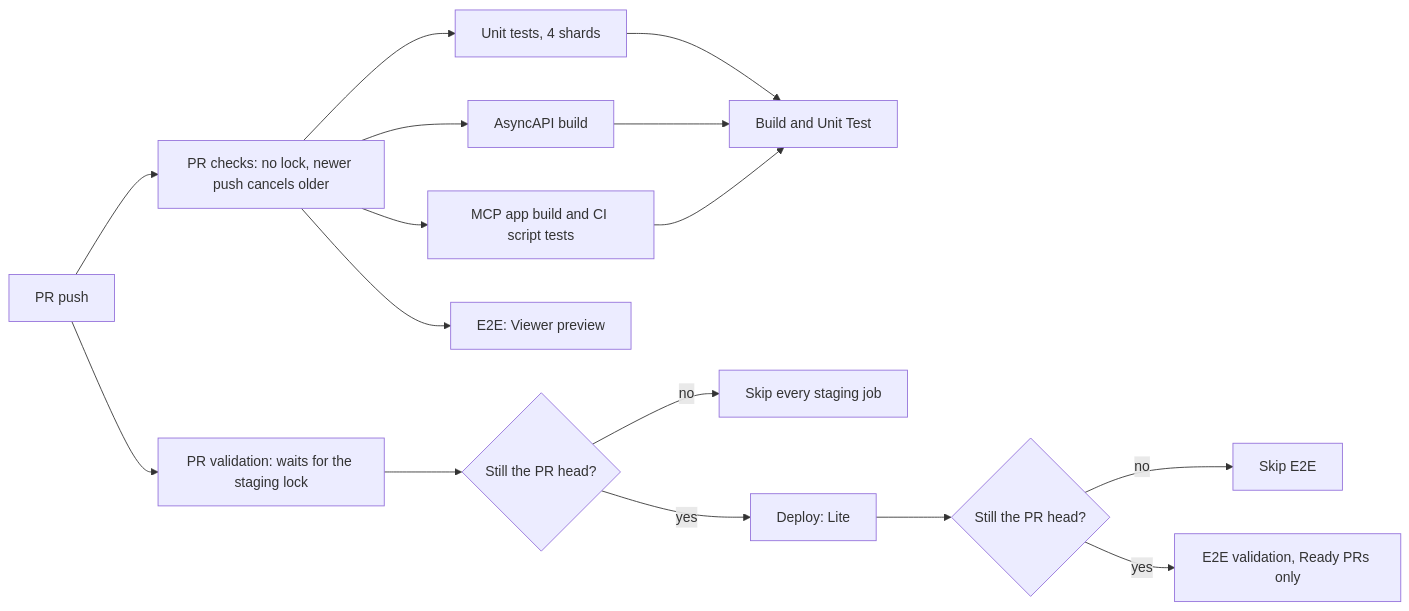
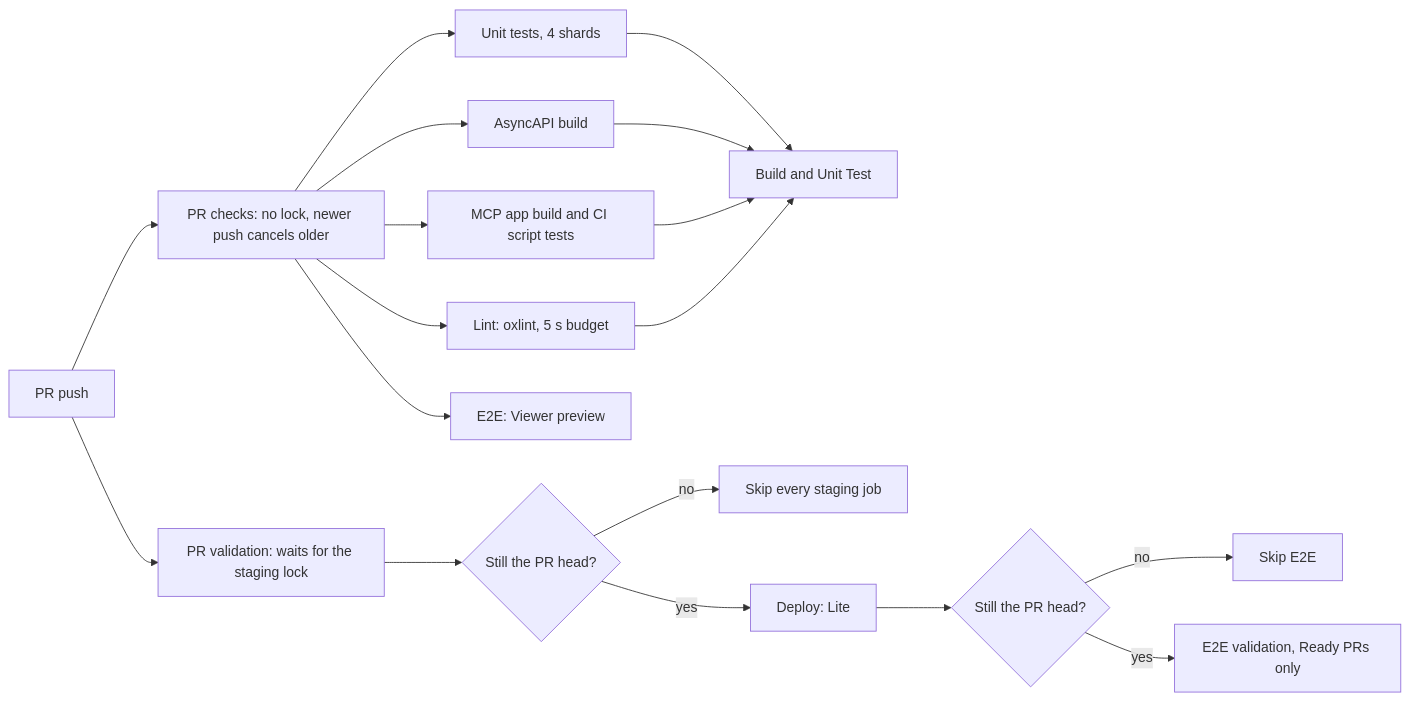
Before and after one commit to ZenUml/conf-app: the first of 2 diagrams in docs/ops/pipeline-graphs.md, drawn with Mermaid. The commit also changed 9 other files, not shown here.

First line of the commit message:
perf(ci): replace ESLint with oxlint and lint every PR in a 5 second job

````diff
--- a/docs/ops/pipeline-graphs.md
+++ b/docs/ops/pipeline-graphs.md
@@ -7,18 +7,20 @@
 ```mermaid
 flowchart LR
   Push[PR push] --> C[PR checks: no lock, newer push cancels older]
   Push --> Q[PR validation: waits for the staging lock]
   C --> U1[Unit tests, 4 shards]
   C --> A[AsyncAPI build]
   C --> M[MCP app build and CI script tests]
+  C --> L[Lint: oxlint, 5 s budget]
   U1 --> U[Build and Unit Test]
   A --> U
   M --> U
+  L --> U
   C --> P[E2E: Viewer preview]
   Q --> G{Still the PR head?}
   G -- no --> S[Skip every staging job]
   G -- yes --> D[Deploy: Lite]
   D --> H{Still the PR head?}
   H -- no --> X[Skip E2E]
   H -- yes --> E[E2E validation, Ready PRs only]
 ```
````
